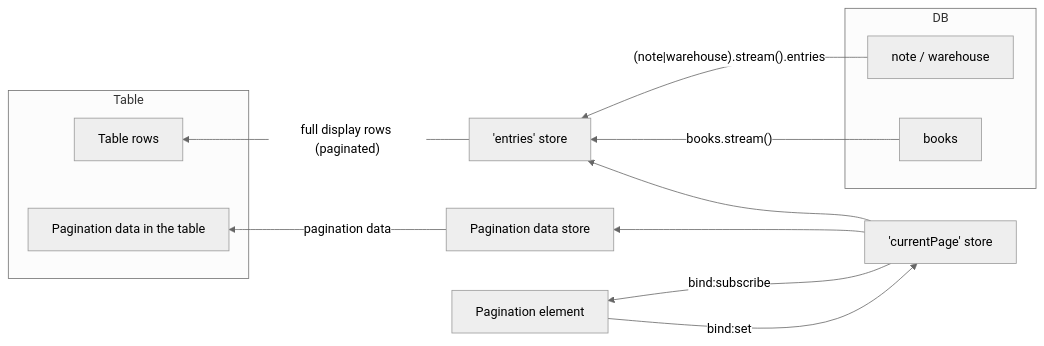
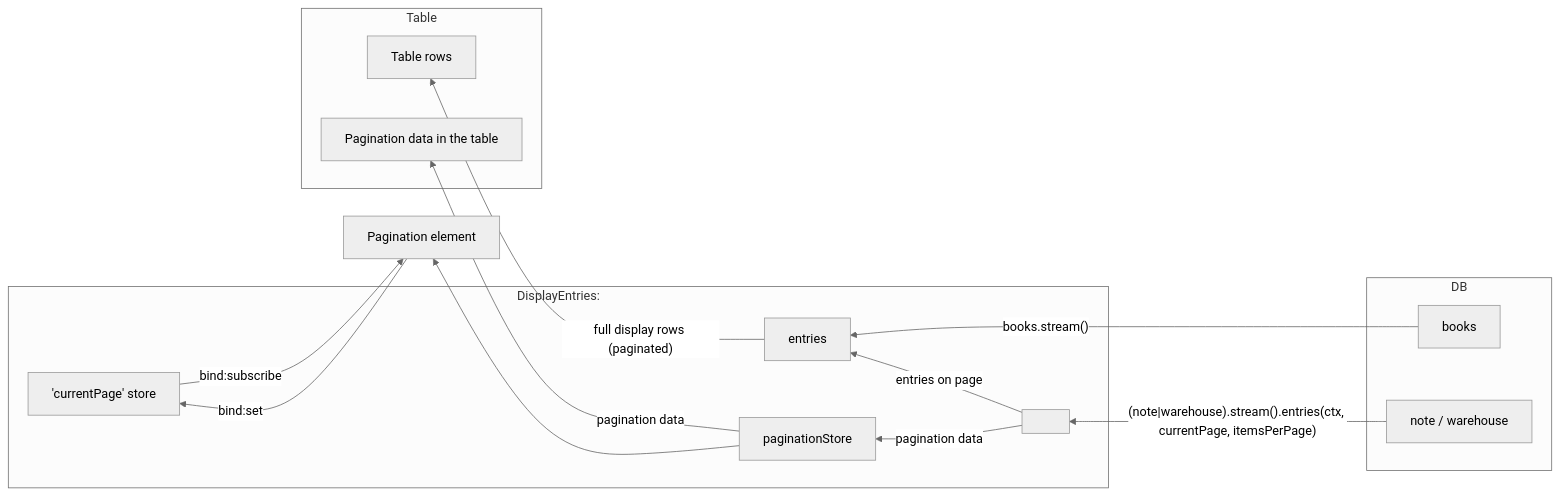
One commit to librocco/librocco changed the fourth of 4 diagrams in apps/web-client/README.md. Above: the diagram before and after it, drawn with Mermaid (neutral theme). The commit also changed other lines of this file and 1 other file, not shown here.

````diff
--- a/apps/web-client/README.md
+++ b/apps/web-client/README.md
@@ -228,24 +226,29 @@
 ```mermaid
 graph RL;
     subgraph DB;
         entity["note / warehouse"]
         books
     end;
 
-    entity -->|"(note|warehouse).stream().entries"| entries['entries' store]
+    subgraph DisplayEntries:
+        currentPage['currentPage' store]
+        node[" "]-->|"entries on page"| entries
+        node[" "]-->|"pagination data"| paginationStore
+    end;
+
+    entity -->|"(note|warehouse).stream().entries(ctx, currentPage, itemsPerPage)"| node
     books -->|"books.stream()"| entries
-    currentPage['currentPage' store] --> entries
 
     subgraph Table
         rows[Table rows]
         paginationData[Pagination data in the table]
     end;
 
     entries-->|"full display rows (paginated)"| rows
 
-    currentPage --> paginationStore[Pagination data store]
     paginationStore -->|pagination data| paginationData["Pagination data in the table"]
+    paginationStore --> paginationElement
 
     currentPage -->|bind:subscribe| paginationElement[Pagination element]
     paginationElement -->|bind:set| currentPage
 ```
````
